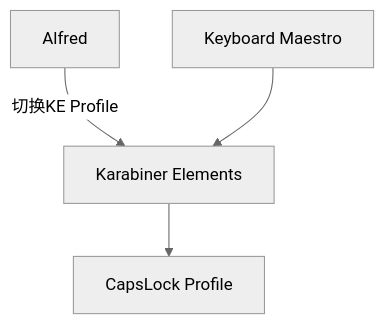
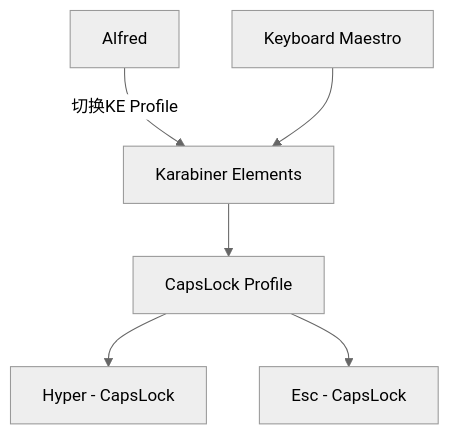
One commit to suliveevil/suliveevil.github.io changed the first of 2 diagrams in _posts/2018-09-23-vim-workflow.md. Above: the diagram before and after it, drawn with Mermaid (neutral theme).

```diff
--- a/_posts/2018-09-23-vim-workflow.md
+++ b/_posts/2018-09-23-vim-workflow.md
@@ -19,6 +19,8 @@
 <div class="mermaid">
 graph TD;
     A[Alfred]--切换KE Profile-->B[Karabiner Elements];
     C[Keyboard Maestro]-->B;
     B-->D[CapsLock Profile];
+    D-->E[Hyper - CapsLock];
+    D-->F[Esc - CapsLock];
 </div>
```
